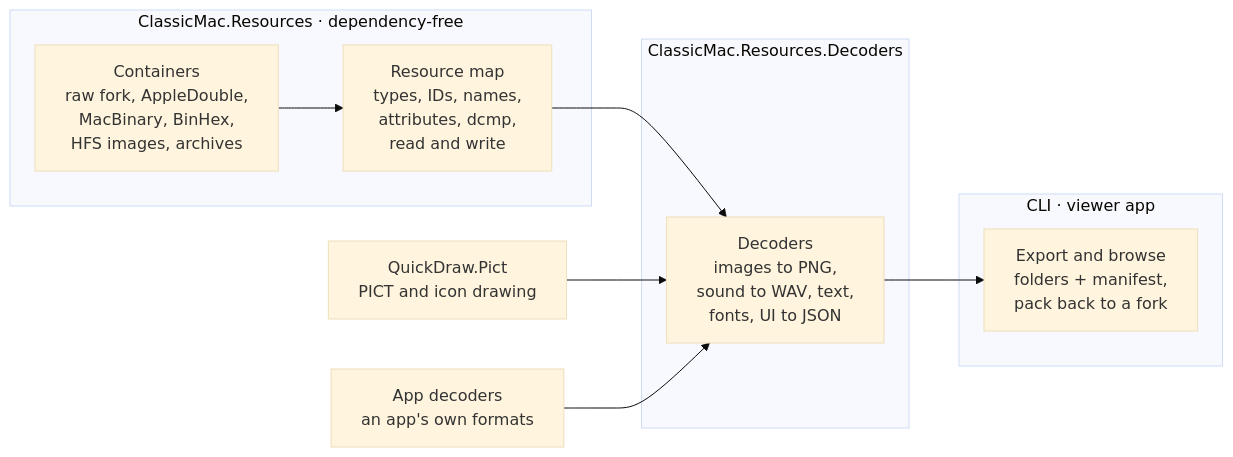
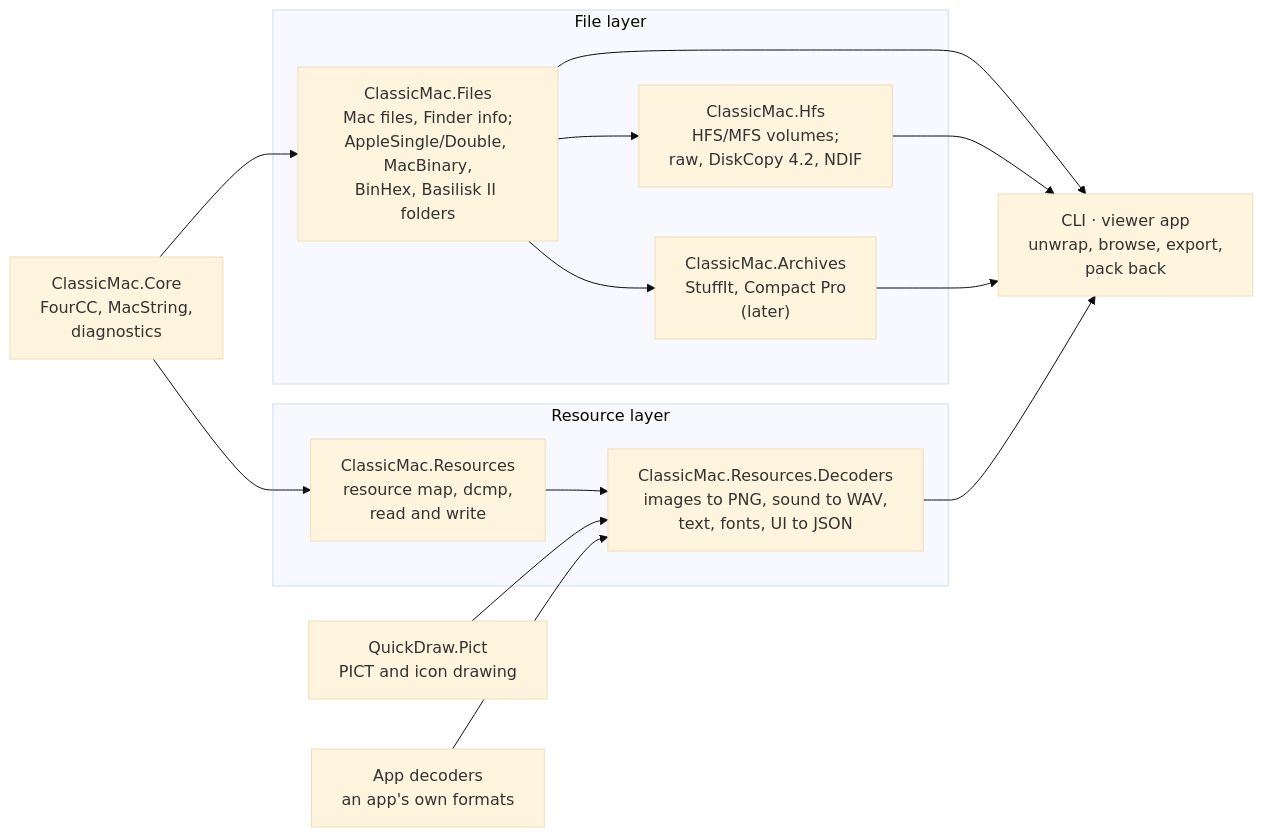
The diagram in docs/PLAN.md (inexin/ClassicMac), drawn with Mermaid (base theme) before and after one commit. The commit also changed other lines of this file and 33 other files, not shown here.

First line of the commit message:
Split the file layer out of ClassicMac.Resources

````diff
--- a/docs/PLAN.md
+++ b/docs/PLAN.md
@@ -229,15 +251,20 @@
 ```mermaid
 flowchart LR
-    subgraph core["ClassicMac.Resources · dependency-free"]
-        C["Containers<br/>raw fork, AppleDouble,<br/>MacBinary, BinHex,<br/>HFS images, archives"] --> M["Resource map<br/>types, IDs, names,<br/>attributes, dcmp,<br/>read and write"]
+    B["ClassicMac.Core<br/>FourCC, MacString,<br/>diagnostics"]
+    subgraph filelayer["File layer"]
+        F["ClassicMac.Files<br/>Mac files, Finder info;<br/>AppleSingle/Double, MacBinary,<br/>BinHex, Basilisk II folders"]
+        H["ClassicMac.Hfs<br/>HFS/MFS volumes;<br/>raw, DiskCopy 4.2, NDIF"]
+        R["ClassicMac.Archives<br/>StuffIt, Compact Pro<br/>(later)"]
     end
-    subgraph dec["ClassicMac.Resources.Decoders"]
-        D["Decoders<br/>images to PNG,<br/>sound to WAV, text,<br/>fonts, UI to JSON"]
+    subgraph resourcelayer["Resource layer"]
+        M["ClassicMac.Resources<br/>resource map, dcmp,<br/>read and write"]
+        D["ClassicMac.Resources.Decoders<br/>images to PNG, sound to WAV,<br/>text, fonts, UI to JSON"]
     end
-    subgraph cli["CLI · viewer app"]
-        E["Export and browse<br/>folders + manifest,<br/>pack back to a fork"]
-    end
-    M --> D --> E
+    E["CLI · viewer app<br/>unwrap, browse, export,<br/>pack back"]
+    B --> F & M
+    F --> H & R
+    M --> D
+    F & H & R & D --> E
     Q["QuickDraw.Pict<br/>PICT and icon drawing"] --> D
     A["App decoders<br/>an app's own formats"] --> D
 ```
````
